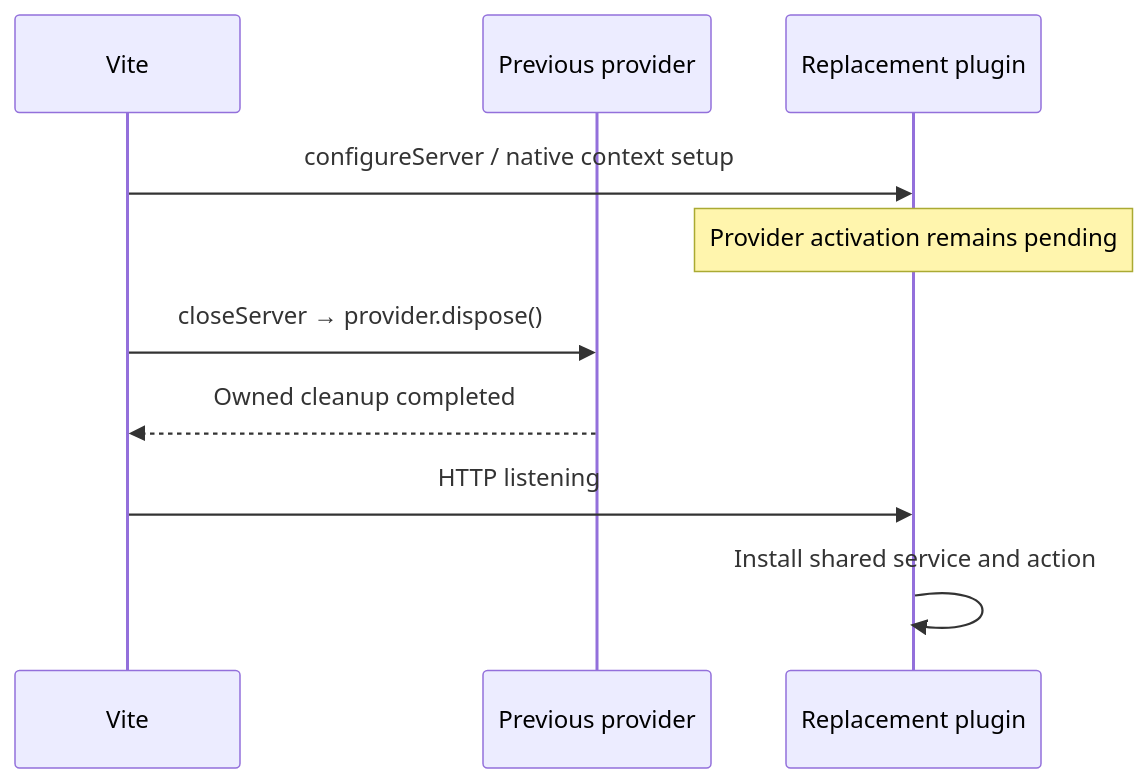
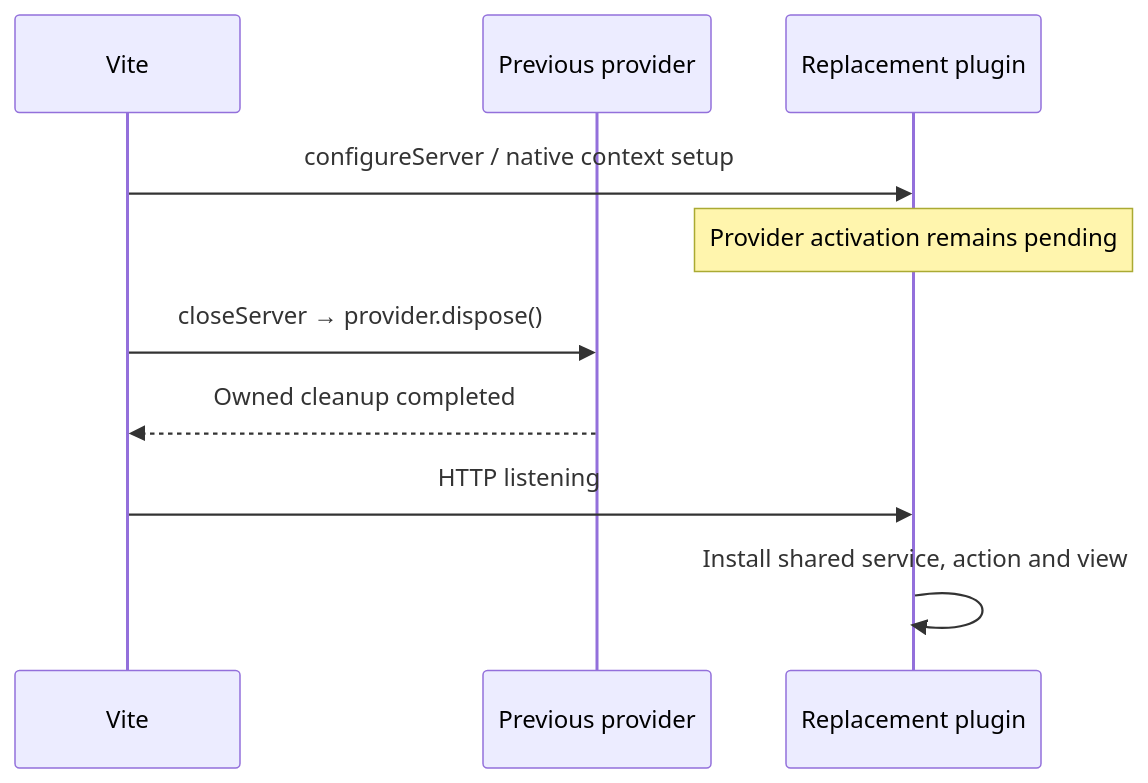
Before and after one commit to dvcol/devkit-extension: the first of 3 diagrams in examples/vite-hosts/README.md, drawn with Mermaid. The commit also changed other lines of this file and 70 other files, not shown here.

````diff
--- a/examples/vite-hosts/README.md
+++ b/examples/vite-hosts/README.md
@@ -22,12 +22,12 @@
 ```mermaid
 sequenceDiagram
     participant Vite
     participant Old as Previous provider
     participant New as Replacement plugin
     Vite->>New: configureServer / native context setup
     Note over New: Provider activation remains pending
     Vite->>Old: closeServer → provider.dispose()
     Old-->>Vite: Owned cleanup completed
     Vite->>New: HTTP listening
-    New->>New: Install shared service and action
+    New->>New: Install shared service, action and view
 ```
````
